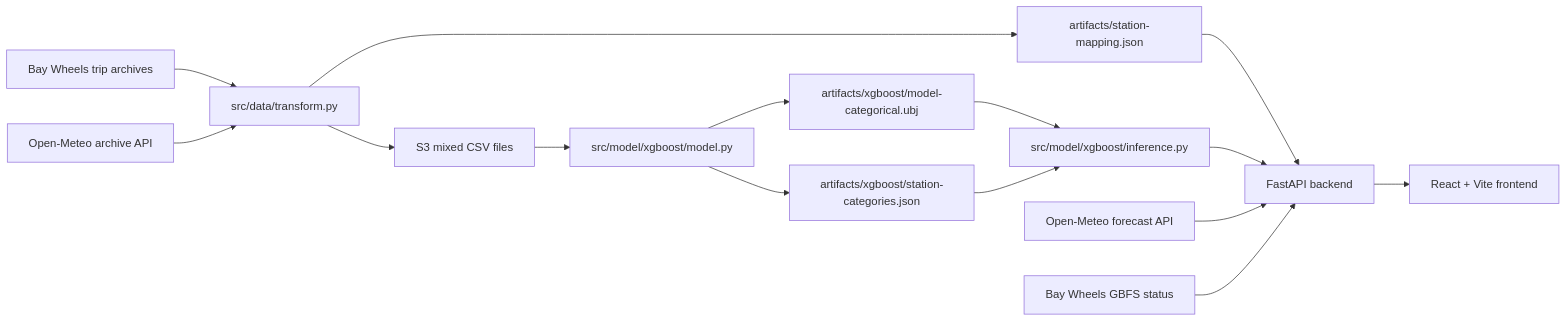
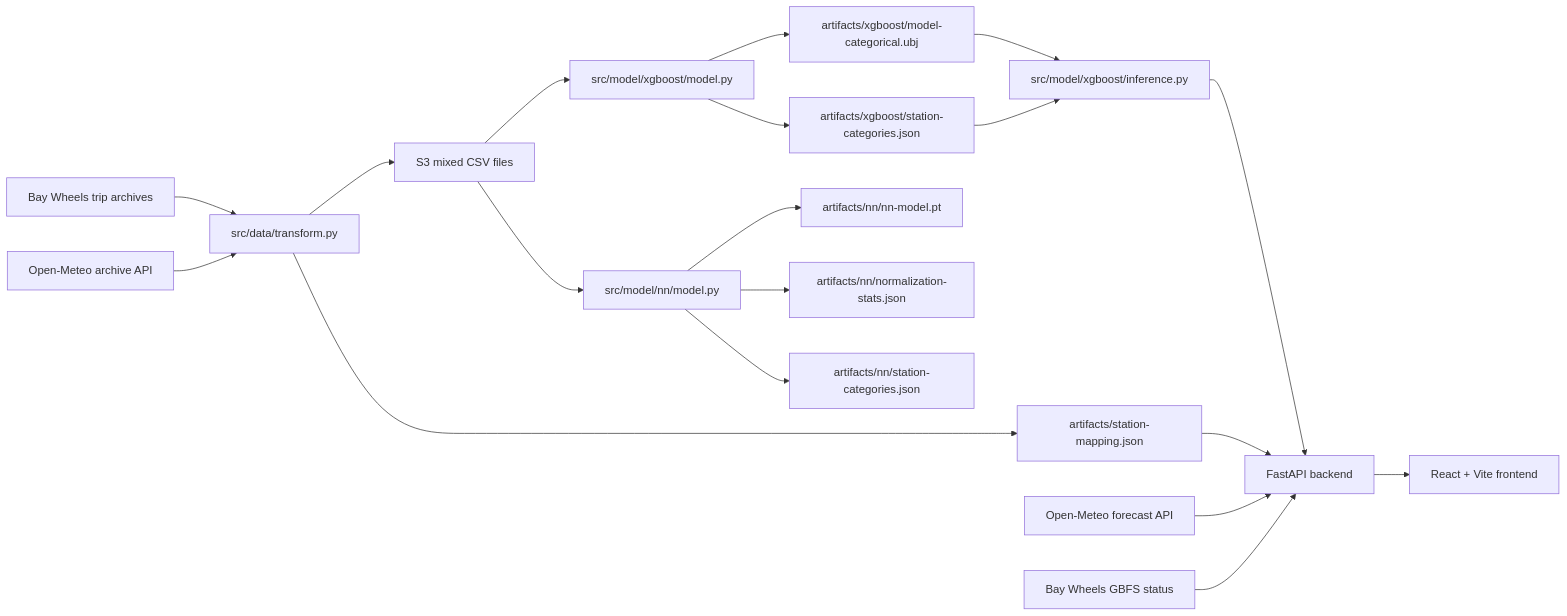
The diagram in README.md (VenkatRamaraju/flowcast), drawn with Mermaid before and after one commit. The commit also changed other lines of this file, not shown here.

````diff
--- a/README.md
+++ b/README.md
@@ -27,18 +27,22 @@
 ```mermaid
 flowchart LR
     TripData[Bay Wheels trip archives] --> Transform[src/data/transform.py]
     WeatherArchive[Open-Meteo archive API] --> Transform
     Transform --> MixedS3[S3 mixed CSV files]
     MixedS3 --> Train[src/model/xgboost/model.py]
     Train --> Model[artifacts/xgboost/model-categorical.ubj]
     Train --> Categories[artifacts/xgboost/station-categories.json]
+    MixedS3 --> NNTrain[src/model/nn/model.py]
+    NNTrain --> NNModel[artifacts/nn/nn-model.pt]
+    NNTrain --> NNStats[artifacts/nn/normalization-stats.json]
+    NNTrain --> NNStations[artifacts/nn/station-categories.json]
     Transform --> Mapping[artifacts/station-mapping.json]
 
     Model --> Inference[src/model/xgboost/inference.py]
     Categories --> Inference
     Mapping --> API[FastAPI backend]
     Inference --> API
     LiveWeather[Open-Meteo forecast API] --> API
     GBFS[Bay Wheels GBFS status] --> API
     API --> Frontend[React + Vite frontend]
 ```
````
